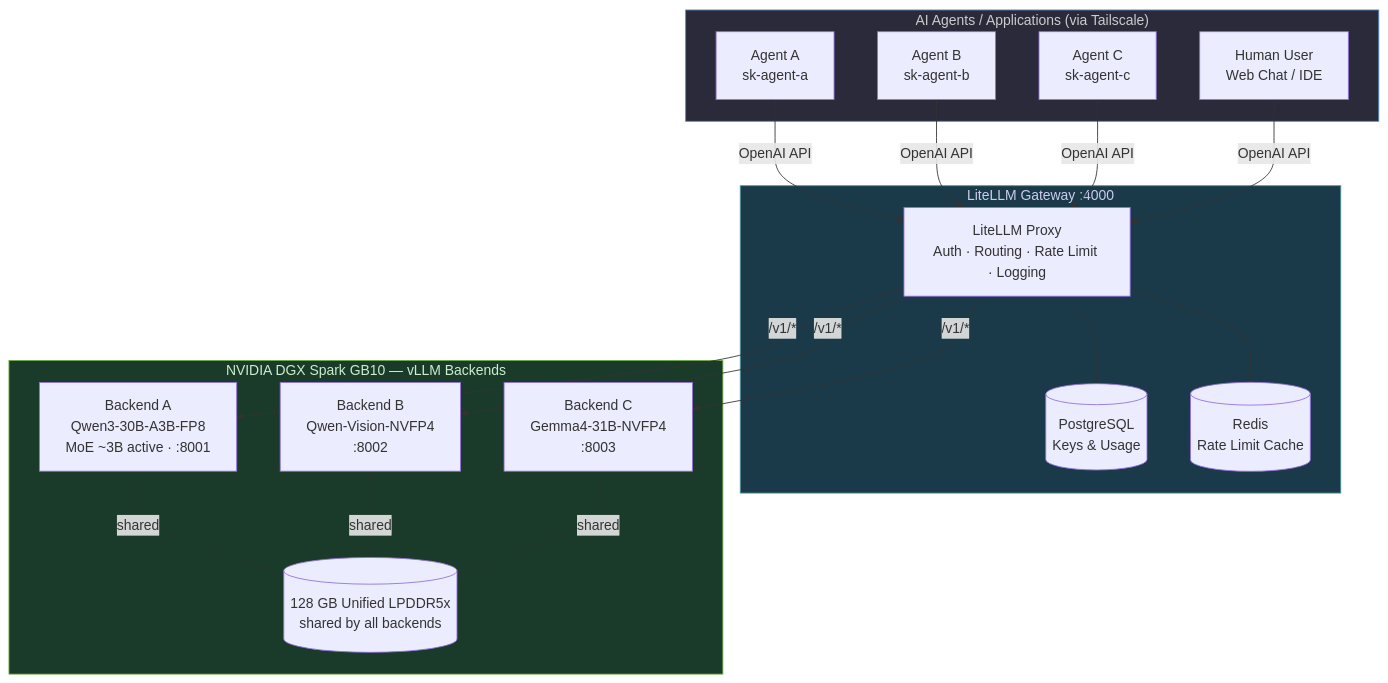
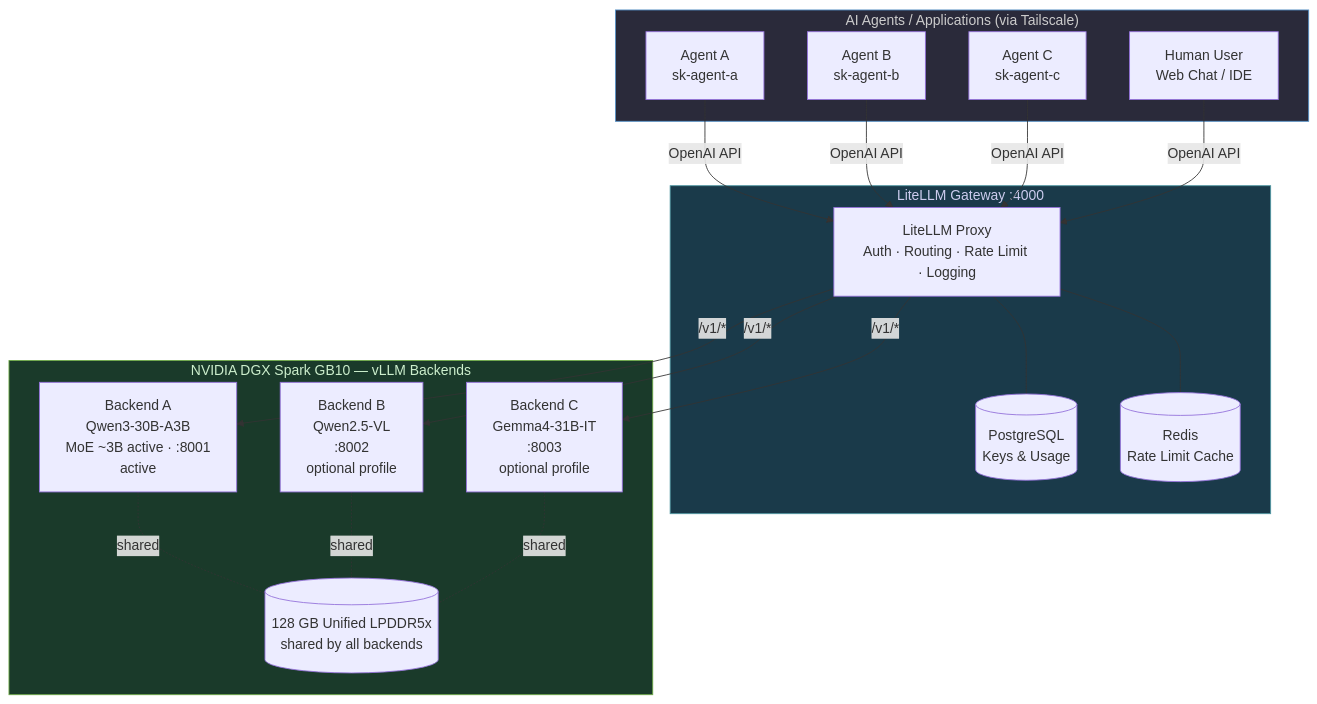
One commit to tonylnng/tonic-nvidia-dgx changed the first of 3 diagrams in README.md. Above: the diagram before and after it, drawn with Mermaid. The commit also changed other lines of this file, not shown here.

````diff
--- a/README.md
+++ b/README.md
@@ -117,40 +118,40 @@
 ```mermaid
 graph TB
     subgraph Clients["AI Agents / Applications (via Tailscale)"]
         A1[Agent A<br/>sk-agent-a]
         A2[Agent B<br/>sk-agent-b]
         A3[Agent C<br/>sk-agent-c]
         UI[Human User<br/>Web Chat / IDE]
     end
 
     subgraph Gateway["LiteLLM Gateway :4000"]
         LLM[LiteLLM Proxy<br/>Auth · Routing · Rate Limit · Logging]
         PG[(PostgreSQL<br/>Keys & Usage)]
         RD[(Redis<br/>Rate Limit Cache)]
         LLM --- PG
         LLM --- RD
     end
 
     subgraph Spark["NVIDIA DGX Spark GB10 — vLLM Backends"]
-        B1[Backend A<br/>Qwen3-30B-A3B-FP8<br/>MoE ~3B active · :8001]
-        B2[Backend B<br/>Qwen-Vision-NVFP4<br/>:8002]
-        B3[Backend C<br/>Gemma4-31B-NVFP4<br/>:8003]
+        B1[Backend A<br/>Qwen3-30B-A3B<br/>MoE ~3B active · :8001<br/>active]
+        B2[Backend B<br/>Qwen2.5-VL<br/>:8002<br/>optional profile]
+        B3[Backend C<br/>Gemma4-31B-IT<br/>:8003<br/>optional profile]
         MEM[(128 GB Unified LPDDR5x<br/>shared by all backends)]
         B1 -.shared.- MEM
         B2 -.shared.- MEM
         B3 -.shared.- MEM
     end
 
     A1 -->|OpenAI API| LLM
     A2 -->|OpenAI API| LLM
     A3 -->|OpenAI API| LLM
     UI -->|OpenAI API| LLM
 
     LLM -->|/v1/*| B1
     LLM -->|/v1/*| B2
     LLM -->|/v1/*| B3
 
     style Gateway fill:#1a3a4a,color:#cce,stroke:#4f98a3
     style Spark fill:#1a3a2a,color:#cec,stroke:#6daa45
     style Clients fill:#2a2a3a,color:#ccc,stroke:#5591c7
 ```
````
